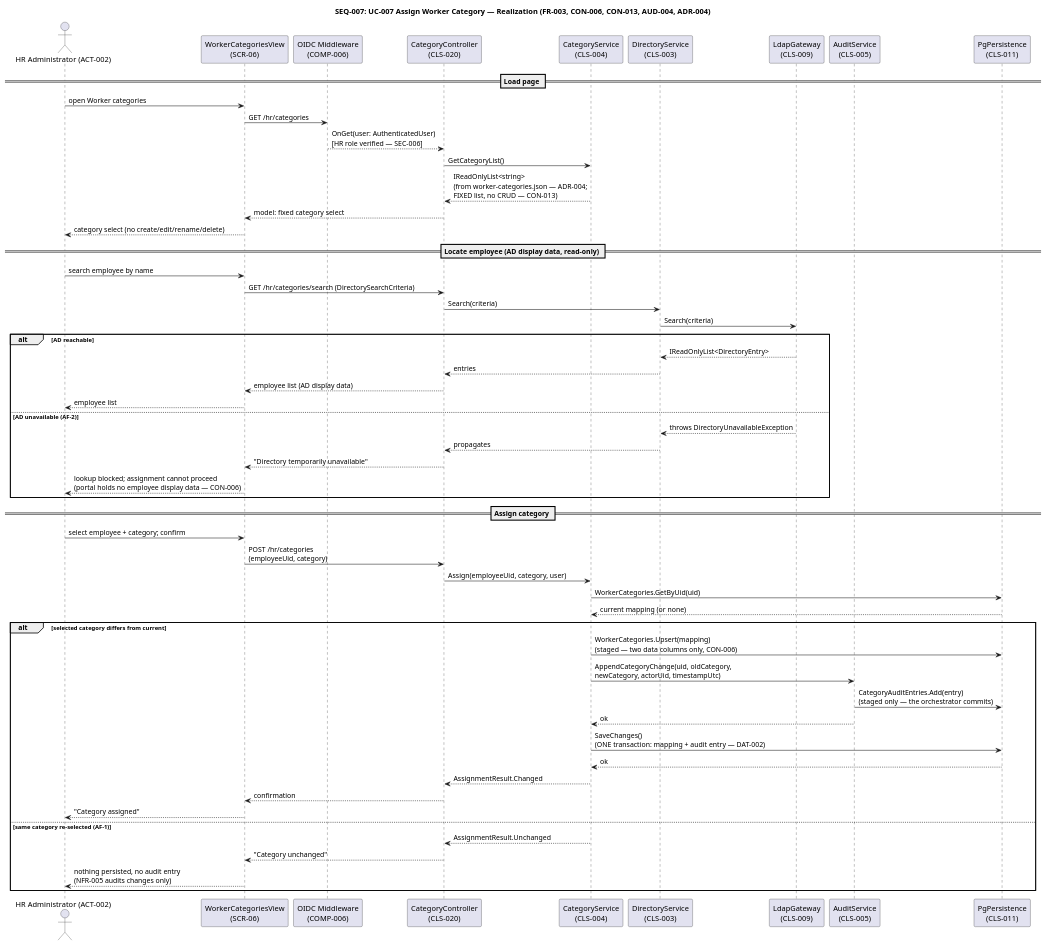
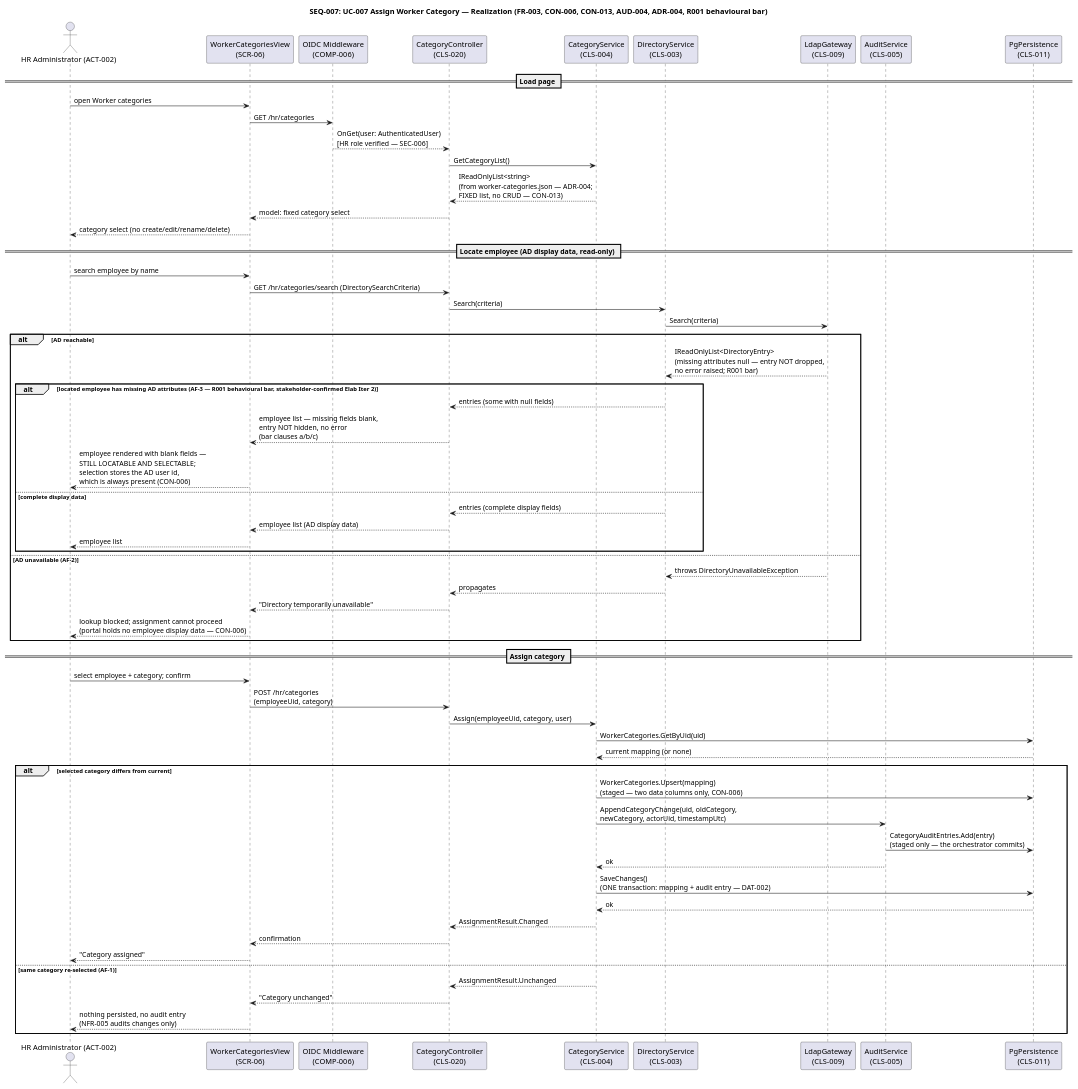
The ninth of 24 diagrams in docs/artifacts/analysis---design/design-model.md (banense-test/employee-portal), drawn with PlantUML before and after one commit. The commit also changed other lines of this file, not shown here.

````diff
--- a/docs/artifacts/analysis---design/design-model.md
+++ b/docs/artifacts/analysis---design/design-model.md
@@ -647,63 +675,69 @@
 ```plantuml
 @startuml
-title SEQ-007: UC-007 Assign Worker Category — Realization (FR-003, CON-006, CON-013, AUD-004, ADR-004)
+title SEQ-007: UC-007 Assign Worker Category — Realization (FR-003, CON-006, CON-013, AUD-004, ADR-004, R001 behavioural bar)
 
 actor "HR Administrator (ACT-002)" as HR
 participant "WorkerCategoriesView\n(SCR-06)" as VIEW
 participant "OIDC Middleware\n(COMP-006)" as MW
 participant "CategoryController\n(CLS-020)" as CTL
 participant "CategoryService\n(CLS-004)" as CAT
 participant "DirectoryService\n(CLS-003)" as DIR
 participant "LdapGateway\n(CLS-009)" as LDAP
 participant "AuditService\n(CLS-005)" as AUD
 participant "PgPersistence\n(CLS-011)" as PG
 
 == Load page ==
 HR -> VIEW : open Worker categories
 VIEW -> MW : GET /hr/categories
 MW --> CTL : OnGet(user: AuthenticatedUser)\n[HR role verified — SEC-006]
 CTL -> CAT : GetCategoryList()
 CAT --> CTL : IReadOnlyList<string>\n(from worker-categories.json — ADR-004;\nFIXED list, no CRUD — CON-013)
 CTL --> VIEW : model: fixed category select
 VIEW --> HR : category select (no create/edit/rename/delete)
 
 == Locate employee (AD display data, read-only) ==
 HR -> VIEW : search employee by name
 VIEW -> CTL : GET /hr/categories/search (DirectorySearchCriteria)
 CTL -> DIR : Search(criteria)
 DIR -> LDAP : Search(criteria)
 alt AD reachable
-  LDAP --> DIR : IReadOnlyList<DirectoryEntry>
-  DIR --> CTL : entries
-  CTL --> VIEW : employee list (AD display data)
-  VIEW --> HR : employee list
+  LDAP --> DIR : IReadOnlyList<DirectoryEntry>\n(missing attributes null — entry NOT dropped,\nno error raised; R001 bar)
+  alt located employee has missing AD attributes (AF-3 — R001 behavioural bar, stakeholder-confirmed Elab Iter 2)
+    DIR --> CTL : entries (some with null fields)
+    CTL --> VIEW : employee list — missing fields blank,\nentry NOT hidden, no error\n(bar clauses a/b/c)
+    VIEW --> HR : employee rendered with blank fields —\nSTILL LOCATABLE AND SELECTABLE;\nselection stores the AD user id,\nwhich is always present (CON-006)
+  else complete display data
+    DIR --> CTL : entries (complete display fields)
+    CTL --> VIEW : employee list (AD display data)
+    VIEW --> HR : employee list
+  end
 else AD unavailable (AF-2)
   LDAP --> DIR : throws DirectoryUnavailableException
   DIR --> CTL : propagates
   CTL --> VIEW : "Directory temporarily unavailable"
   VIEW --> HR : lookup blocked; assignment cannot proceed\n(portal holds no employee display data — CON-006)
 end
 
 == Assign category ==
 HR -> VIEW : select employee + category; confirm
 VIEW -> CTL : POST /hr/categories\n(employeeUid, category)
 CTL -> CAT : Assign(employeeUid, category, user)
 CAT -> PG : WorkerCategories.GetByUid(uid)
 PG --> CAT : current mapping (or none)
 alt selected category differs from current
   CAT -> PG : WorkerCategories.Upsert(mapping)\n(staged — two data columns only, CON-006)
   CAT -> AUD : AppendCategoryChange(uid, oldCategory,\nnewCategory, actorUid, timestampUtc)
   AUD -> PG : CategoryAuditEntries.Add(entry)\n(staged only — the orchestrator commits)
   AUD --> CAT : ok
   CAT -> PG : SaveChanges()\n(ONE transaction: mapping + audit entry — DAT-002)
   PG --> CAT : ok
   CAT --> CTL : AssignmentResult.Changed
   CTL --> VIEW : confirmation
   VIEW --> HR : "Category assigned"
 else same category re-selected (AF-1)
   CAT --> CTL : AssignmentResult.Unchanged
   CTL --> VIEW : "Category unchanged"
   VIEW --> HR : nothing persisted, no audit entry\n(NFR-005 audits changes only)
 end
 @enduml
 ```
````
